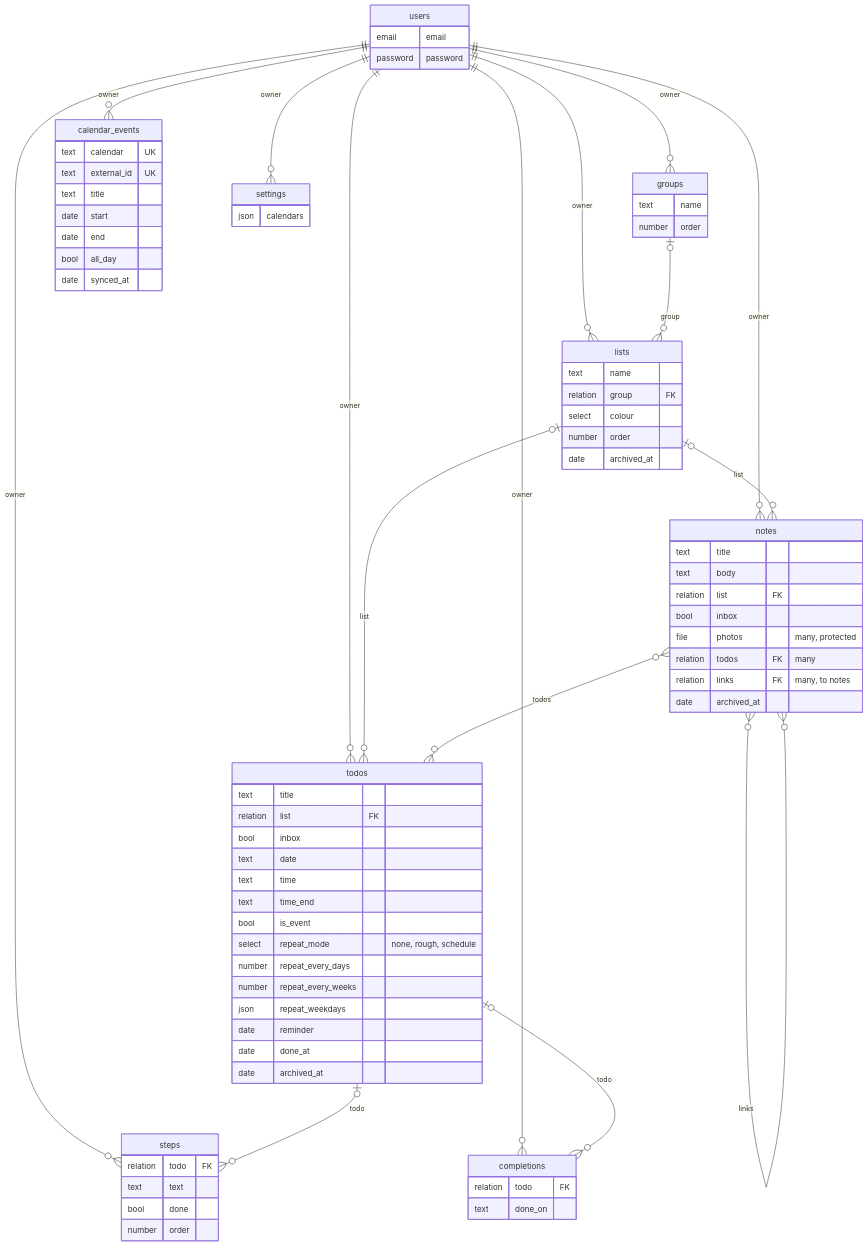
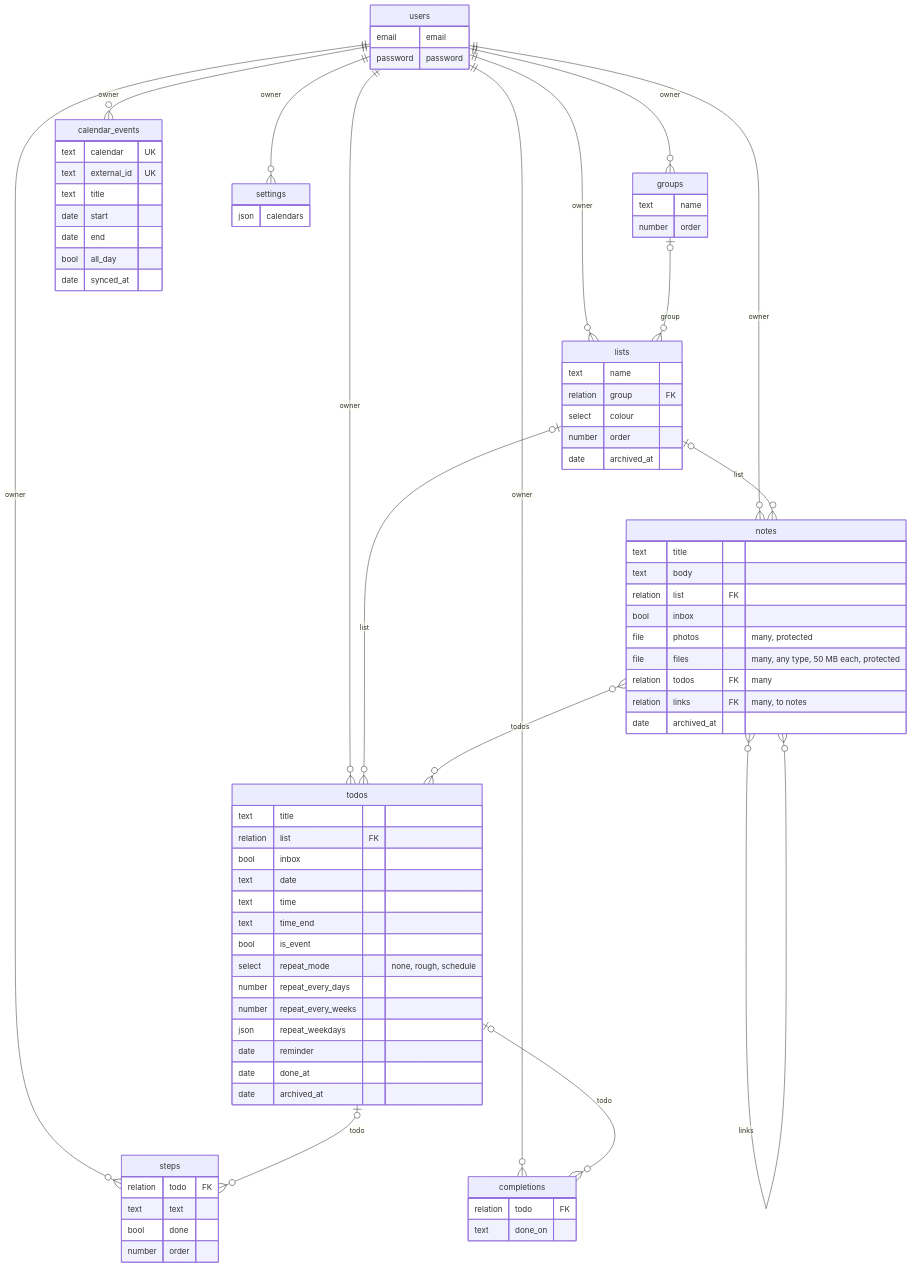
One commit to valde222/life_app changed the diagram in docs/diagrams/04-data-model.md. Above: the diagram before and after it, drawn with Mermaid. The commit also changed 4 other files, not shown here.

Commit message:
feat(pocketbase): notes hold files of any type, up to 50 MB each, protected like photos (R31)

```diff
--- a/docs/diagrams/04-data-model.md
+++ b/docs/diagrams/04-data-model.md
@@ -67,6 +67,7 @@
     relation list FK
     bool inbox
     file photos "many, protected"
+    file files "many, any type, 50 MB each, protected"
     relation todos FK "many"
     relation links FK "many, to notes"
     date archived_at
```
